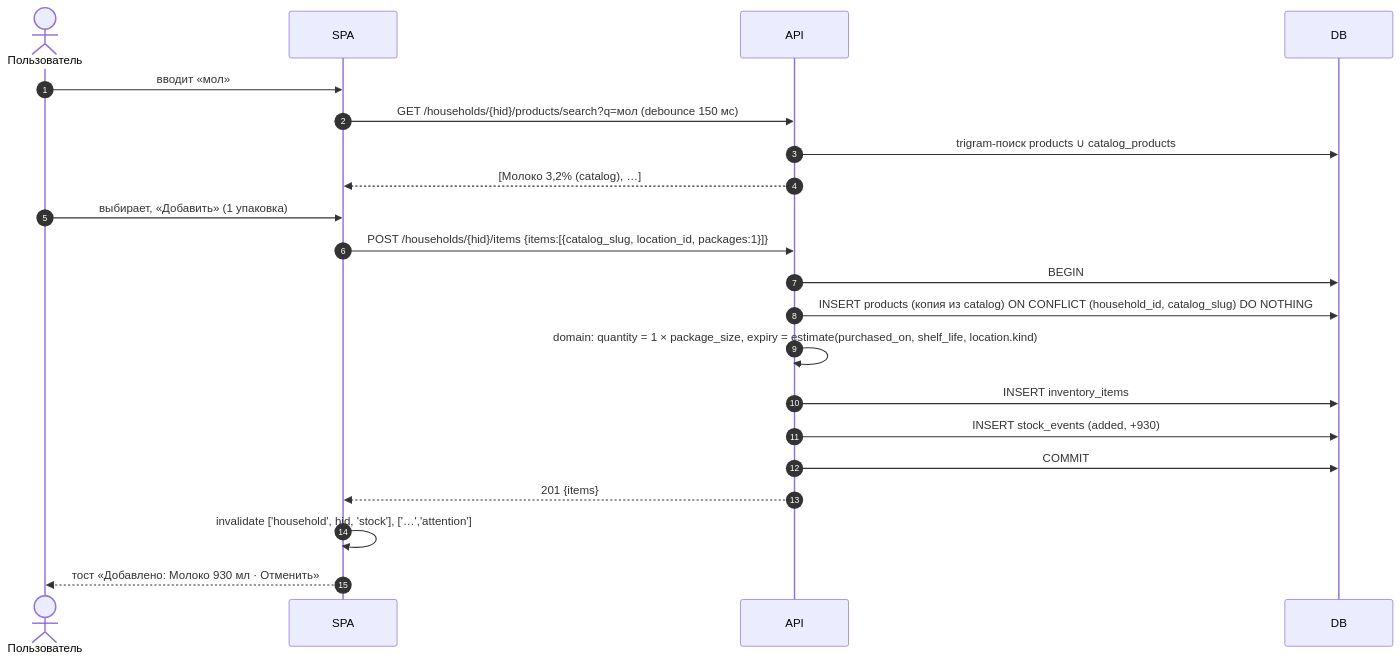
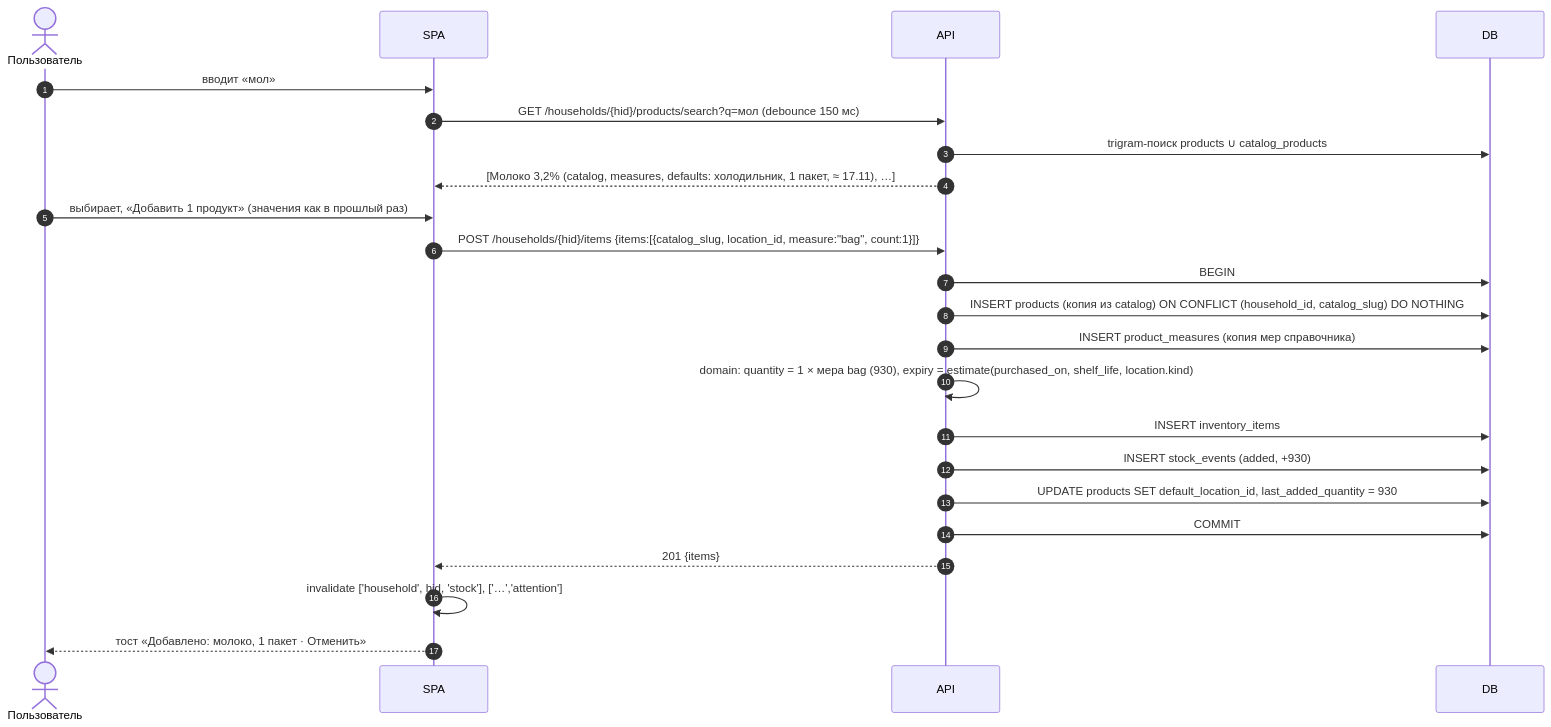
One commit to kvadratI4/zakroma changed the third of 7 diagrams in docs/diagrams/sequences.md. Above: the diagram before and after it, drawn with Mermaid. The commit also changed other lines of this file and 27 other files, not shown here.

````diff
--- a/docs/diagrams/sequences.md
+++ b/docs/diagrams/sequences.md
@@ -54,23 +54,25 @@
 ```mermaid
 sequenceDiagram
     autonumber
     actor U as Пользователь
     participant S as SPA
     participant A as API
     participant D as DB
     U->>S: вводит «мол»
     S->>A: GET /households/{hid}/products/search?q=мол (debounce 150 мс)
     A->>D: trigram-поиск products ∪ catalog_products
-    A-->>S: [Молоко 3,2% (catalog), …]
-    U->>S: выбирает, «Добавить» (1 упаковка)
-    S->>A: POST /households/{hid}/items {items:[{catalog_slug, location_id, packages:1}]}
+    A-->>S: [Молоко 3,2% (catalog, measures, defaults: холодильник, 1 пакет, ≈ 17.11), …]
+    U->>S: выбирает, «Добавить 1 продукт» (значения как в прошлый раз)
+    S->>A: POST /households/{hid}/items {items:[{catalog_slug, location_id, measure:"bag", count:1}]}
     A->>D: BEGIN
     A->>D: INSERT products (копия из catalog) ON CONFLICT (household_id, catalog_slug) DO NOTHING
-    A->>A: domain: quantity = 1 × package_size, expiry = estimate(purchased_on, shelf_life, location.kind)
+    A->>D: INSERT product_measures (копия мер справочника)
+    A->>A: domain: quantity = 1 × мера bag (930), expiry = estimate(purchased_on, shelf_life, location.kind)
     A->>D: INSERT inventory_items
     A->>D: INSERT stock_events (added, +930)
+    A->>D: UPDATE products SET default_location_id, last_added_quantity = 930
     A->>D: COMMIT
     A-->>S: 201 {items}
     S->>S: invalidate ['household', hid, 'stock'], ['…','attention']
-    S-->>U: тост «Добавлено: Молоко 930 мл · Отменить»
+    S-->>U: тост «Добавлено: молоко, 1 пакет · Отменить»
 ```
````
